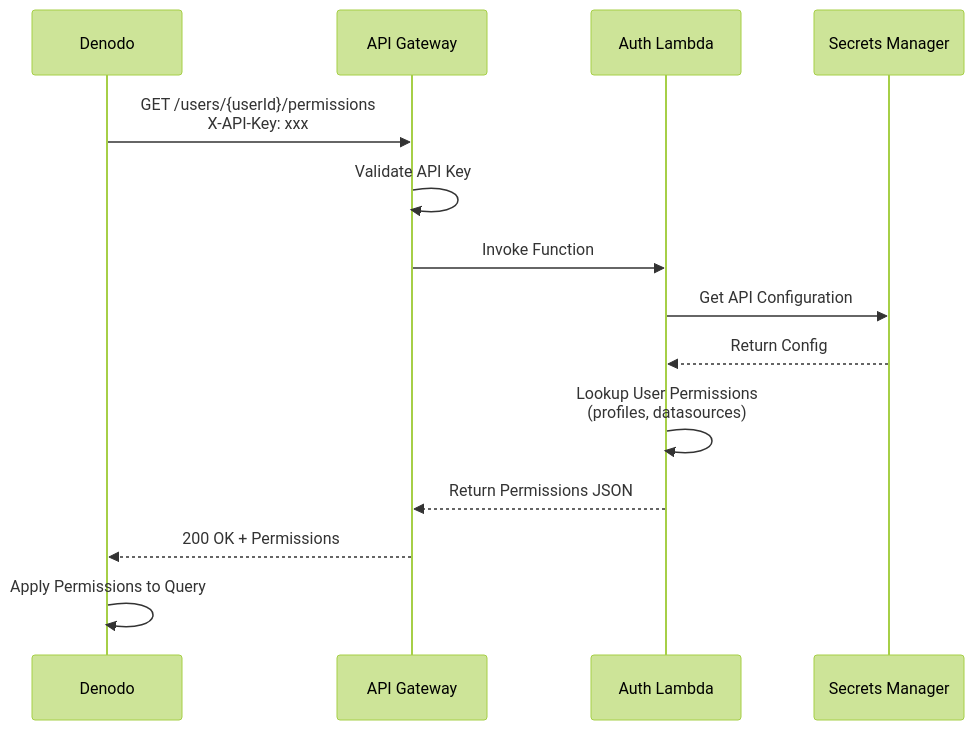
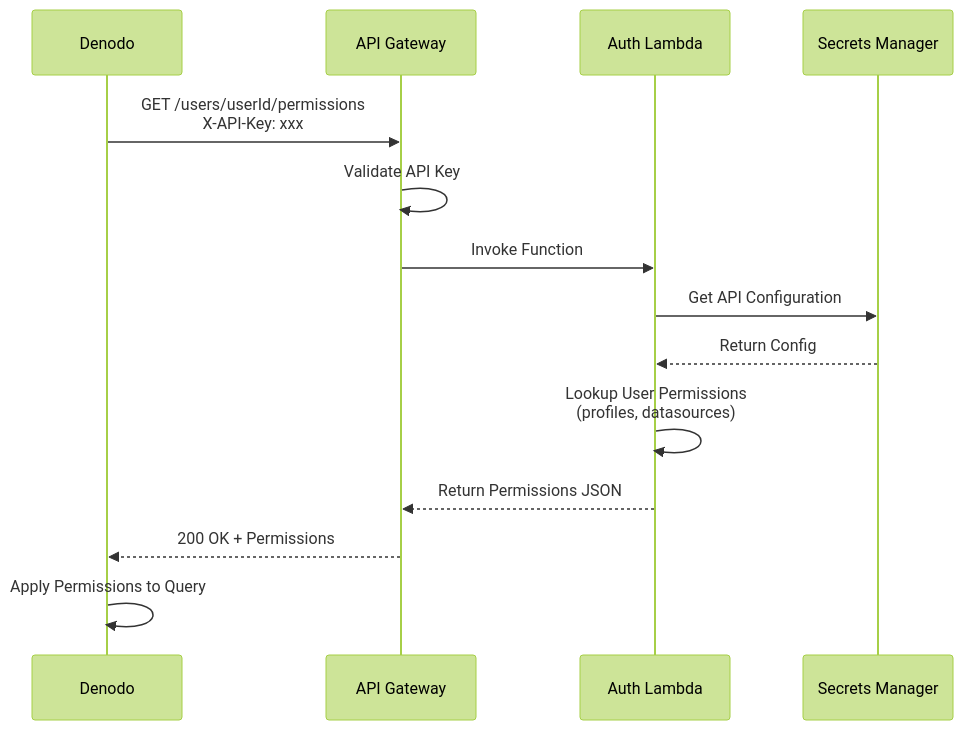
One commit to jaafar-benabderrazak/denodo_poc changed the third of 4 diagrams in docs/DENODO_KEYCLOAK_ARCHITECTURE.md. Above: the diagram before and after it, drawn with Mermaid (forest theme). The commit also changed other lines of this file, not shown here.

Commit message:
Fix Mermaid diagram syntax errors by removing curly braces

````diff
--- a/docs/DENODO_KEYCLOAK_ARCHITECTURE.md
+++ b/docs/DENODO_KEYCLOAK_ARCHITECTURE.md
@@ -217,17 +217,17 @@
 ```mermaid
 sequenceDiagram
     participant Denodo
     participant APIGW as API Gateway
     participant Lambda as Auth Lambda
     participant Secrets as Secrets Manager
     
-    Denodo->>APIGW: GET /users/{userId}/permissions<br/>X-API-Key: xxx
+    Denodo->>APIGW: GET /users/userId/permissions<br/>X-API-Key: xxx
     APIGW->>APIGW: Validate API Key
     APIGW->>Lambda: Invoke Function
     Lambda->>Secrets: Get API Configuration
     Secrets-->>Lambda: Return Config
     Lambda->>Lambda: Lookup User Permissions<br/>(profiles, datasources)
     Lambda-->>APIGW: Return Permissions JSON
     APIGW-->>Denodo: 200 OK + Permissions
     Denodo->>Denodo: Apply Permissions to Query
 ```
````
